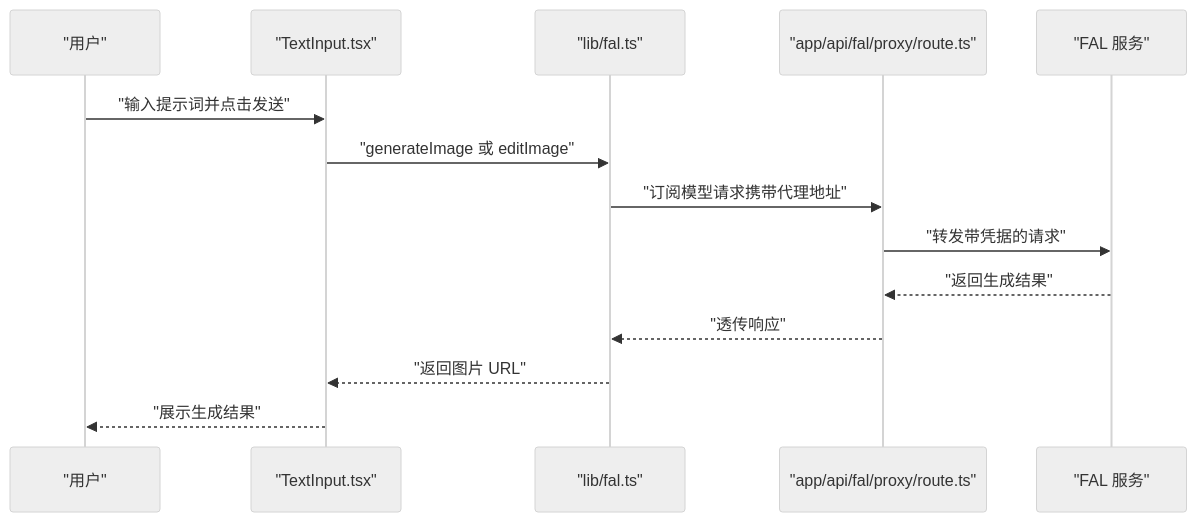
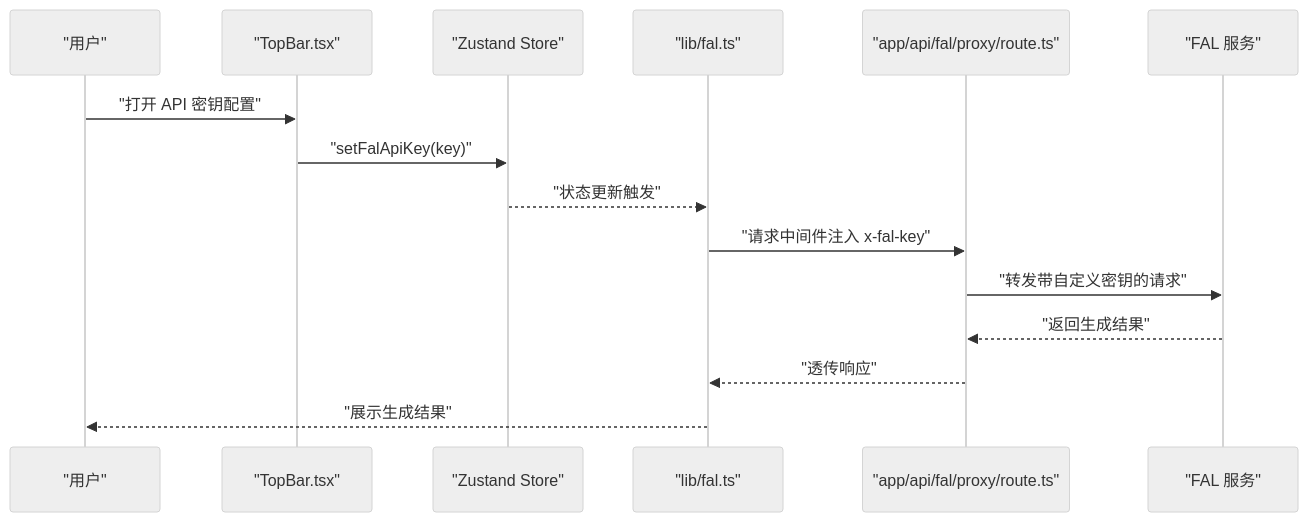
The second of 11 diagrams in .qoder/repowiki/zh/content/核心功能模块/AI API 集成.md (billye220670/BananaFlow2), drawn with Mermaid (neutral theme) before and after one commit. The commit also changed other lines of this file and 7 other files, not shown here.

Commit message:
修复效果 auto 模式：FAL API 收到 'auto'，由模型自行决定最佳比例，生成后用实际宽高更新显示 指定比例（如 16:9、9:16 等）：正确传递，不再被覆盖为 1:1 占位图阶段：auto 时默认正方形占位，生成完成后自动更新为实际比例

````diff
--- a/.qoder/repowiki/zh/content/核心功能模块/AI API 集成.md
+++ b/.qoder/repowiki/zh/content/核心功能模块/AI API 集成.md
@@ -113,16 +124,17 @@
 ```mermaid
 sequenceDiagram
 participant U as "用户"
-participant C as "TextInput.tsx"
+participant T as "TopBar.tsx"
+participant S as "Zustand Store"
 participant F as "lib/fal.ts"
 participant P as "app/api/fal/proxy/route.ts"
-participant S as "FAL 服务"
-U->>C : "输入提示词并点击发送"
-C->>F : "generateImage 或 editImage"
-F->>P : "订阅模型请求携带代理地址"
-P->>S : "转发带凭据的请求"
-S-->>P : "返回生成结果"
+participant K as "FAL 服务"
+U->>T : "打开 API 密钥配置"
+T->>S : "setFalApiKey(key)"
+S-->>F : "状态更新触发"
+F->>P : "请求中间件注入 x-fal-key"
+P->>K : "转发带自定义密钥的请求"
+K-->>P : "返回生成结果"
 P-->>F : "透传响应"
-F-->>C : "返回图片 URL"
-C-->>U : "展示生成结果"
+F-->>U : "展示生成结果"
 ```
````
